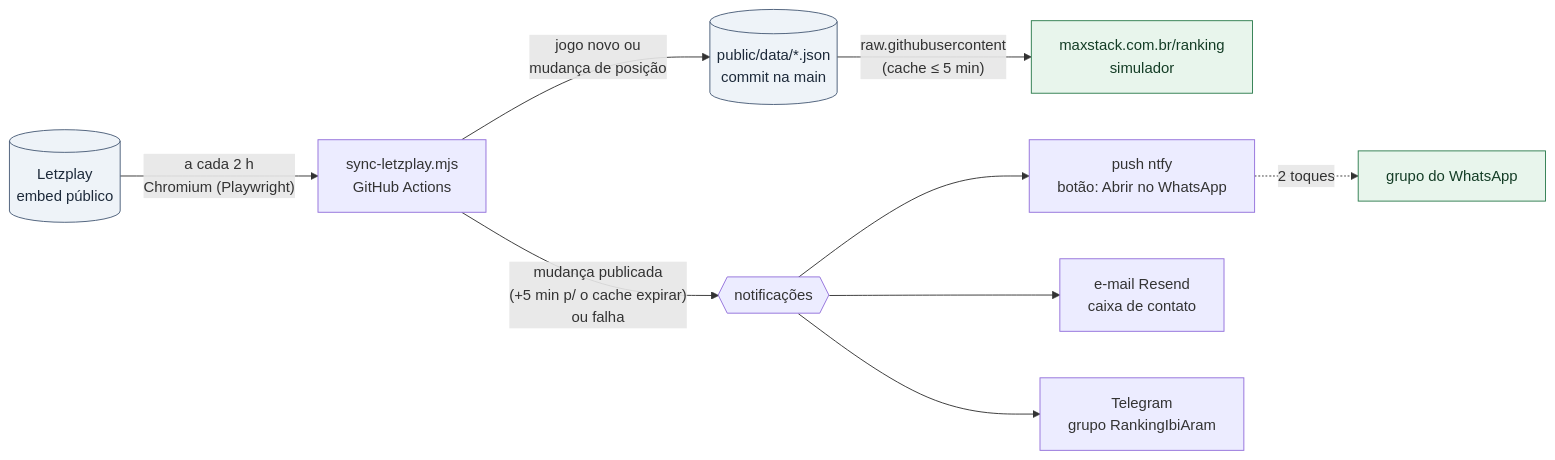
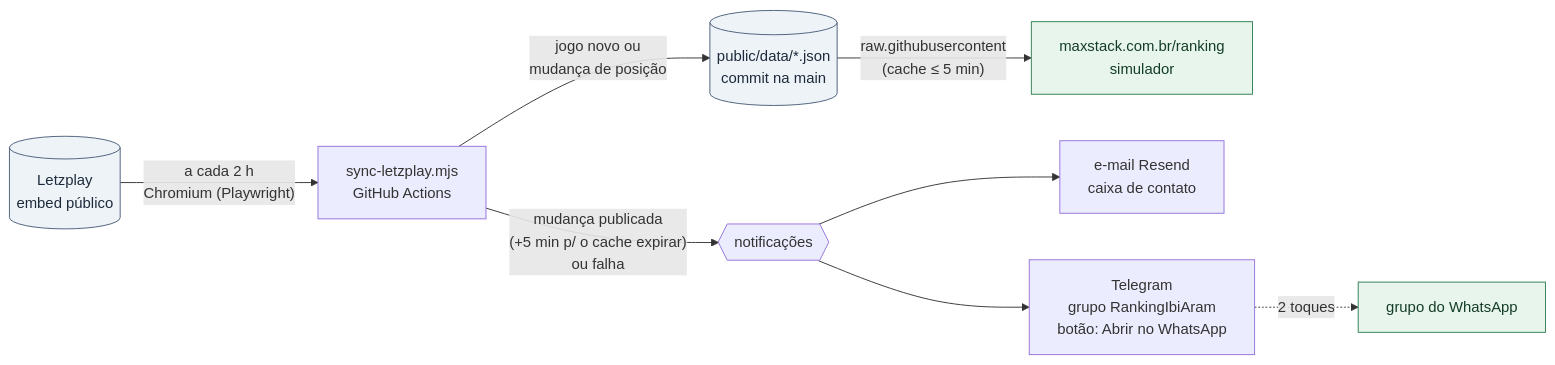
Before and after one commit to maxstackbr/simulador-master: the diagram in README.md, drawn with Mermaid. The commit also changed other lines of this file and 9 other files, not shown here.

First line of the commit message:
feat: remover o push via ntfy e nova frase final do resumo

````diff
--- a/README.md
+++ b/README.md
@@ -20,15 +20,14 @@
 ```mermaid
 flowchart LR
   L[("Letzplay<br/>embed público")] -->|"a cada 2 h<br/>Chromium (Playwright)"| S["sync-letzplay.mjs<br/>GitHub Actions"]
   S -->|"jogo novo ou<br/>mudança de posição"| D[("public/data/*.json<br/>commit na main")]
   D -->|"raw.githubusercontent<br/>(cache ≤ 5 min)"| W["maxstack.com.br/ranking<br/>simulador"]
   S -->|"mudança publicada<br/>(+5 min p/ o cache expirar)<br/>ou falha"| N{{"notificações"}}
-  N --> P["push ntfy<br/>botão: Abrir no WhatsApp"]
   N --> E["e-mail Resend<br/>caixa de contato"]
-  N --> T["Telegram<br/>grupo RankingIbiAram"]
-  P -.->|"2 toques"| G["grupo do WhatsApp"]
+  N --> T["Telegram<br/>grupo RankingIbiAram<br/>botão: Abrir no WhatsApp"]
+  T -.->|"2 toques"| G["grupo do WhatsApp"]
   classDef data fill:#eef3f8,stroke:#4a5d78,color:#1d2a3a
   classDef out fill:#e8f5ec,stroke:#2e7d4f,color:#143d26
   class L,D data
   class W,G out
 ```
````
